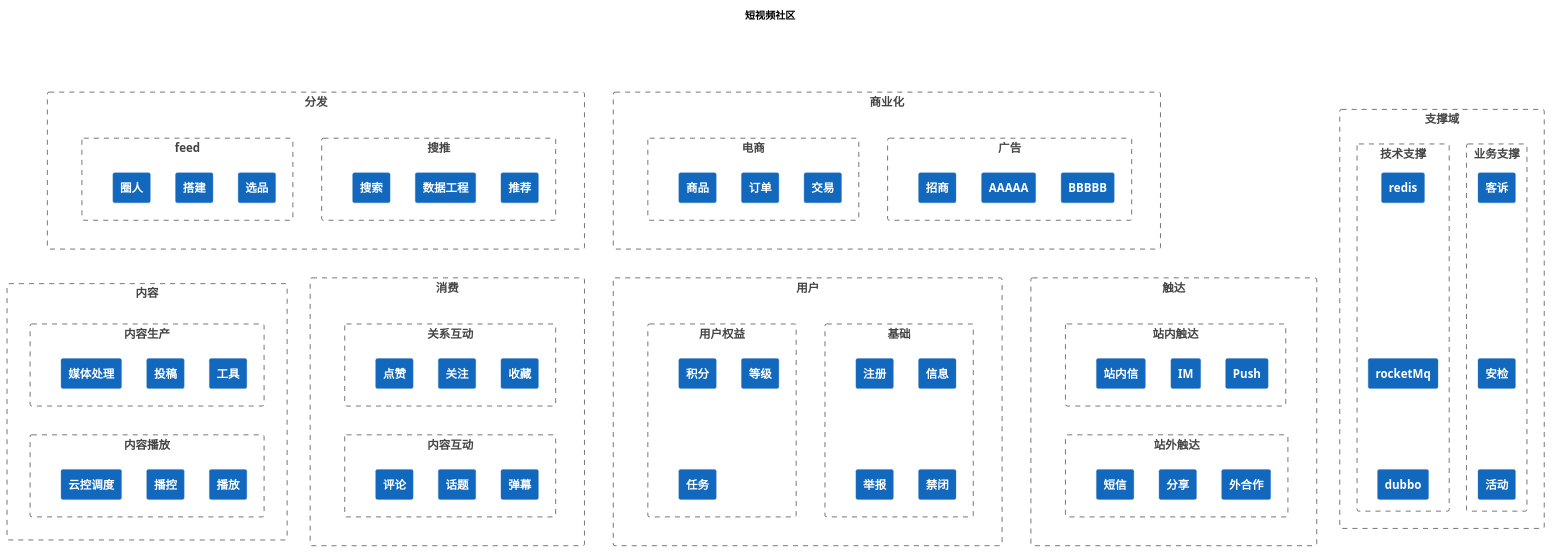
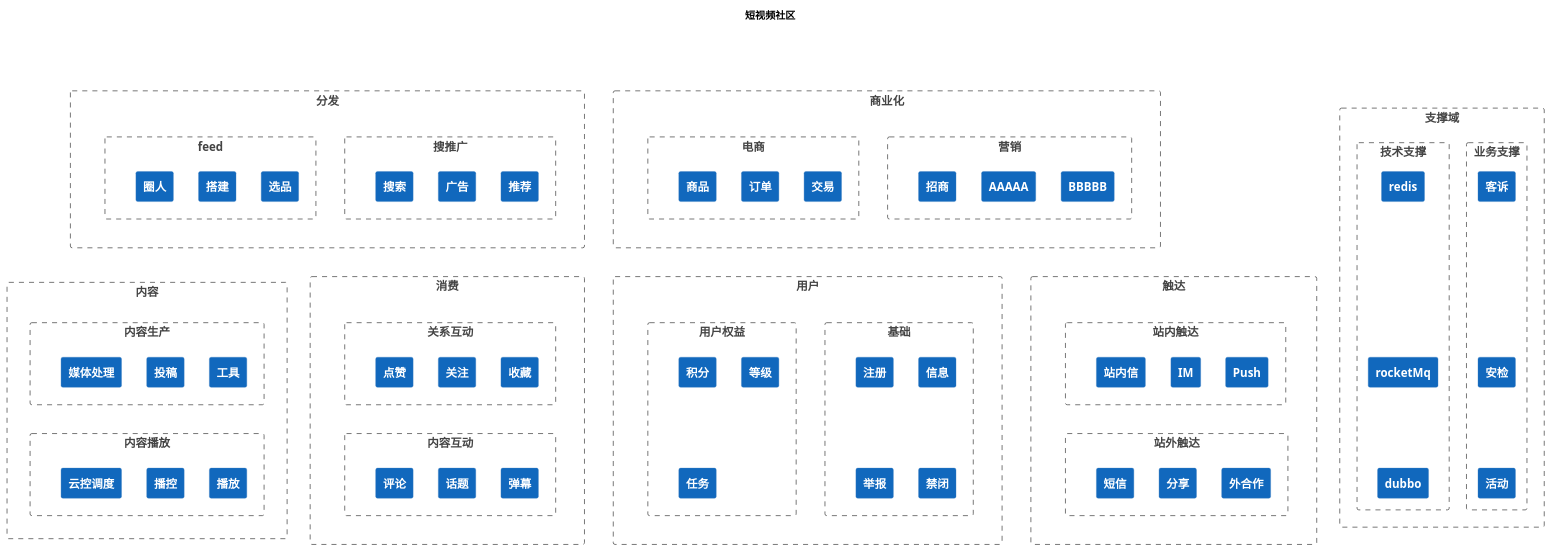
The diagram in puml/system.puml (nxnnxn/community-doc), drawn with PlantUML before and after one commit. The commit also changed 14 other files, not shown here.

```diff
--- a/puml/system.puml
+++ b/puml/system.puml
@@ -1,163 +1,161 @@
 @startuml
 !include <C4/C4_Context>
 HIDE_STEREOTYPE()
 
 title 短视频社区
 
 Boundary(fenfa,"分发"){
-   Boundary(searchAndRec, "搜推"){
+   Boundary(searchAndRec, "搜推广"){
      System(search, "搜索")
      System(rec, "推荐")
-     System(data, "数据工程")
-     Lay_L(data, search)
-     Lay_R(data, rec)
+     System(ad, "广告")
+     Lay_L(ad, search)
+     Lay_R(ad, rec)
   }
 
   Boundary(feed, "feed"){
      System(quanren, "圈人")
      System(xuanpin, "选品")
      System(dajian, "搭建")
      Lay_L(dajian, quanren)
      Lay_R(dajian, xuanpin)
   }
   Lay_R(searchAndRec, feed)
 }
 
 
 Boundary(content,"内容"){
    Boundary(contentProduction, "内容生产"){
      System(media_process, "媒体处理")
      System(post, "投稿")
      System(postTool, "工具")
      Lay_L(post, media_process)
      Lay_R(post, postTool)
   }
 
   Boundary(contentPlay, "内容播放"){
      System(videoTest, "云控调度")
      System(videoPlay, "播放")
      System(videoCon, "播控")
      Lay_L(videoCon, videoTest)
      Lay_R(videoCon, videoPlay)
   }
   Lay_D(contentProduction, contentPlay)
 }
 
 Boundary(interact,"消费"){
    Boundary(relationInteract, "关系互动"){
      System(follow, "关注")
      System(praise, "点赞")
      System(collect, "收藏")
      Lay_L(follow, praise)
      Lay_R(follow, collect)
   }
 
   Boundary(contentInteract, "内容互动"){
      System(comment, "评论")
      System(bullentComment, "弹幕")
      System(topic, "话题")
      Lay_L(topic, comment)
      Lay_R(topic, bullentComment)
   }
   Lay_D(relationInteract, contentInteract)
 }
 
 Boundary(user,"用户"){
    Boundary(base, "基础"){
      System(zhuce, "注册")
      System(userBase, "信息")
      System(jubao, "举报")
      System(jingbi, "禁闭")
   }
 
   Boundary(userRight, "用户权益"){
      System(jifen, "积分")
      System(dengji, "等级")
      System(task, "任务")
   }
   Lay_R(base, userRight)
 }
 
 
 Boundary(touch,"触达"){
    Boundary(inTouch, "站内触达"){
      System(message, "站内信")
      System(push, "Push")
      System(im, "IM")
      Lay_L(im, message)
      Lay_R(im, push)
   }
 
   Boundary(outTouch, "站外触达"){
      System(share, "分享")
      System(shortMessage, "短信")
      System(out, "外合作")
      Lay_L(share, shortMessage)
      Lay_R(share, out)
   }
   Lay_D(inTouch, outTouch)
 }
 Lay_D(fenfa,contentProduction)
 
 
-
-
 Boundary(shangyehua,"商业化"){
-   Boundary(guanggao, "广告"){
+   Boundary(guanggao, "营销"){
      System(zhaoshang, "招商")
      System(a, "AAAAA")
      System(b, "BBBBB")
      Lay_L(a, zhaoshang)
      Lay_R(a, b)
   }
 
   Boundary(ecommerce, "电商"){
      System(goods, "商品")
      System(order, "订单")
      System(trade, "交易")
      Lay_L(order, goods)
      Lay_R(order, trade)
   }
   Lay_R(guanggao, ecommerce)
 }
 
 
 Lay_R(fenfa,shangyehua)
 
 Lay_D(fenfa,contentProduction)
 Lay_D(fenfa,interact)
 Lay_D(fenfa,user)
 Lay_D(fenfa,touch)
 
 
 Lay_D(shangyehua,contentProduction)
 Lay_D(shangyehua,interact)
 Lay_D(shangyehua,user)
 Lay_D(shangyehua,touch)
 
 Boundary(support,"支撑域"){
    Boundary(businessSupport, "业务支撑"){
        System(audit, "安检")
        System(keshu, "客诉")
        System(huodong, "活动")
        Lay_U(audit, keshu)
        Lay_D(audit, huodong)
      }
 
    Boundary(tecSupport, "技术支撑"){
         System(redis, "redis")
         System(rocketMq, "rocketMq")
         System(dubbo, "dubbo")
         Lay_D(redis, rocketMq)
         Lay_D(rocketMq, dubbo)
     }
 }
 
 
 
 
 
 
 
 
 @enduml
```
